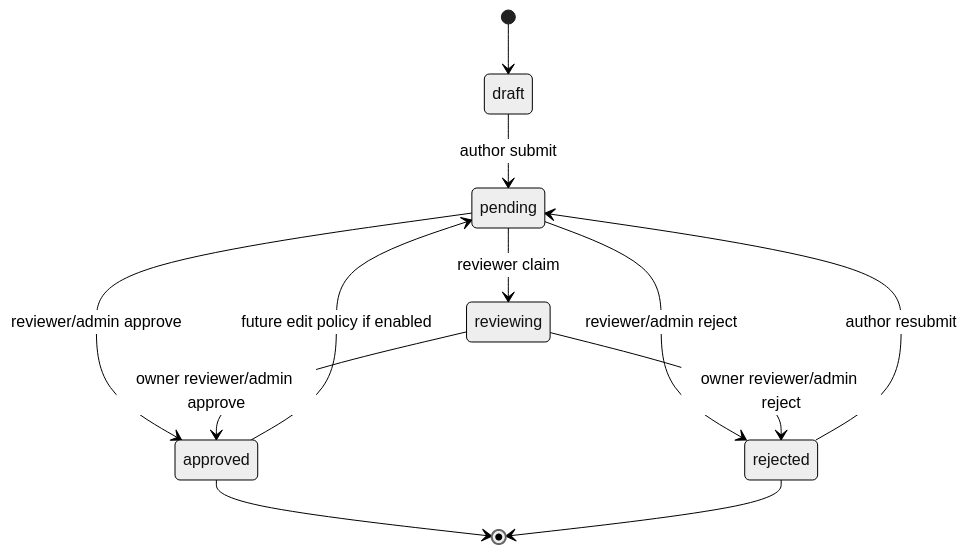
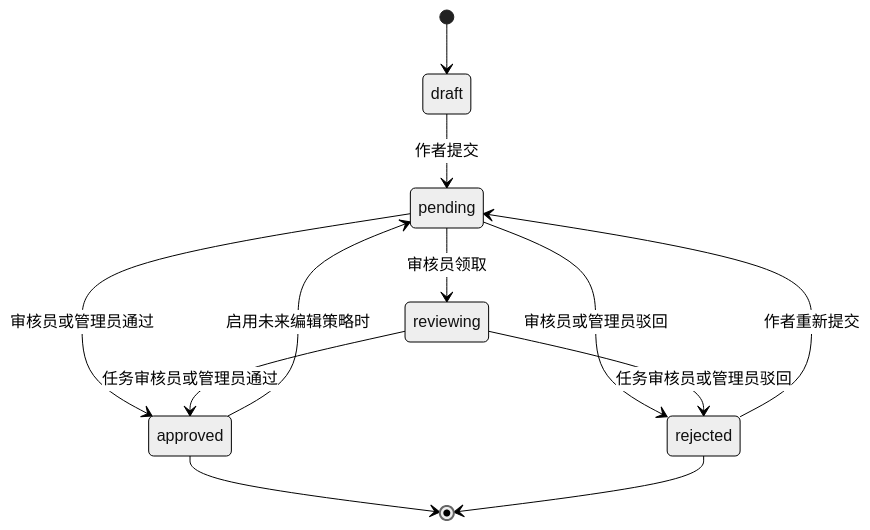
The fourth of 5 diagrams in docs/spec-coding/04-development-flow.md (x-t001/sunshine-reading), drawn with Mermaid (neutral theme) before and after one commit. The commit also changed other lines of this file and 34 other files, not shown here.

````diff
--- a/docs/spec-coding/04-development-flow.md
+++ b/docs/spec-coding/04-development-flow.md
@@ -76,14 +76,14 @@
 ```mermaid
 stateDiagram-v2
   [*] --> draft
-  draft --> pending: author submit
-  rejected --> pending: author resubmit
-  pending --> reviewing: reviewer claim
-  pending --> approved: reviewer/admin approve
-  pending --> rejected: reviewer/admin reject
-  reviewing --> approved: owner reviewer/admin approve
-  reviewing --> rejected: owner reviewer/admin reject
-  approved --> pending: future edit policy if enabled
+  draft --> pending: 作者提交
+  rejected --> pending: 作者重新提交
+  pending --> reviewing: 审核员领取
+  pending --> approved: 审核员或管理员通过
+  pending --> rejected: 审核员或管理员驳回
+  reviewing --> approved: 任务审核员或管理员通过
+  reviewing --> rejected: 任务审核员或管理员驳回
+  approved --> pending: 启用未来编辑策略时
   approved --> [*]
   rejected --> [*]
 ```
````
